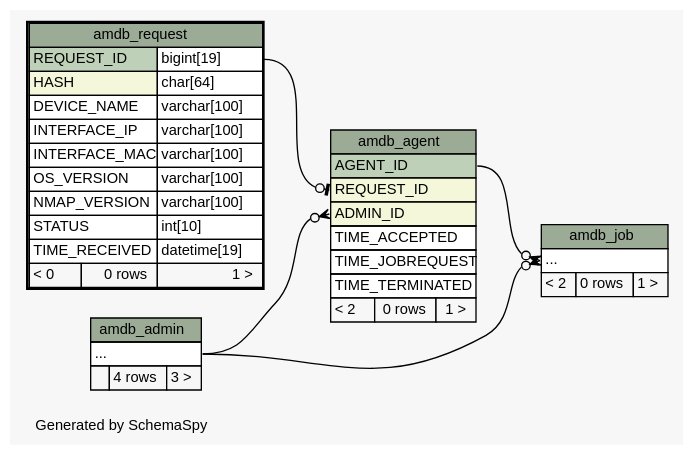
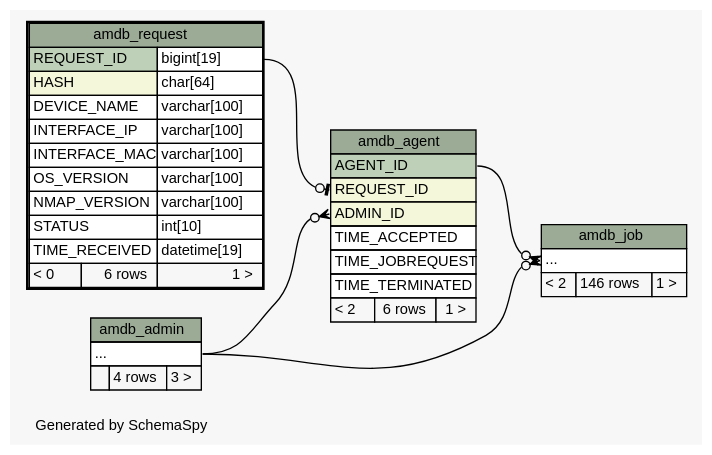
One commit to yannikab/k23b_ac changed the diagram in am/doc/schemaspy/diagrams/amdb_request.2degrees.dot. Above: the diagram before and after it, drawn with Graphviz. The commit also changed 46 other files, not shown here.

Commit message:
Database schema changes for Aggregator Manager.

```diff
--- a/am/doc/schemaspy/diagrams/amdb_request.2degrees.dot
+++ b/am/doc/schemaspy/diagrams/amdb_request.2degrees.dot
@@ -1,79 +1,79 @@
 // dot 2.38.0 on Linux 4.0.5-gentoo
 // SchemaSpy rev 590
 digraph "twoDegreesRelationshipsDiagram" {
   graph [
     rankdir="RL"
     bgcolor="#f7f7f7"
     label="\nGenerated by SchemaSpy"
     labeljust="l"
     nodesep="0.18"
     ranksep="0.46"
     fontname="Helvetica"
     fontsize="11"
   ];
   node [
     fontname="Helvetica"
     fontsize="11"
     shape="plaintext"
   ];
   edge [
     arrowsize="0.8"
   ];
   "amdb_agent":"ADMIN_ID":w -> "amdb_admin":"elipses":e [arrowhead=none dir=back arrowtail=crowodot];
   "amdb_agent":"REQUEST_ID":w -> "amdb_request":"REQUEST_ID.type":e [arrowhead=none dir=back arrowtail=teeodot];
   "amdb_job":"elipses":w -> "amdb_admin":"elipses":e [arrowhead=none dir=back arrowtail=crowodot];
   "amdb_job":"elipses":w -> "amdb_agent":"AGENT_ID":e [arrowhead=none dir=back arrowtail=crowodot];
   "amdb_admin" [
     label=<
     <TABLE BORDER="0" CELLBORDER="1" CELLSPACING="0" BGCOLOR="#ffffff">
       <TR><TD COLSPAN="3" BGCOLOR="#9bab96" ALIGN="CENTER">amdb_admin</TD></TR>
       <TR><TD PORT="elipses" COLSPAN="3" ALIGN="LEFT">...</TD></TR>
       <TR><TD ALIGN="LEFT" BGCOLOR="#f7f7f7">  </TD><TD ALIGN="RIGHT" BGCOLOR="#f7f7f7">4 rows</TD><TD ALIGN="RIGHT" BGCOLOR="#f7f7f7">3 &gt;</TD></TR>
     </TABLE>>
     URL="amdb_admin.html"
     tooltip="amdb_admin"
   ];
   "amdb_agent" [
     label=<
     <TABLE BORDER="0" CELLBORDER="1" CELLSPACING="0" BGCOLOR="#ffffff">
       <TR><TD COLSPAN="3" BGCOLOR="#9bab96" ALIGN="CENTER">amdb_agent</TD></TR>
       <TR><TD PORT="AGENT_ID" COLSPAN="3" BGCOLOR="#bed1b8" ALIGN="LEFT">AGENT_ID</TD></TR>
       <TR><TD PORT="REQUEST_ID" COLSPAN="3" BGCOLOR="#f4f7da" ALIGN="LEFT">REQUEST_ID</TD></TR>
       <TR><TD PORT="ADMIN_ID" COLSPAN="3" BGCOLOR="#f4f7da" ALIGN="LEFT">ADMIN_ID</TD></TR>
       <TR><TD PORT="TIME_ACCEPTED" COLSPAN="3" ALIGN="LEFT">TIME_ACCEPTED</TD></TR>
       <TR><TD PORT="TIME_JOBREQUEST" COLSPAN="3" ALIGN="LEFT">TIME_JOBREQUEST</TD></TR>
       <TR><TD PORT="TIME_TERMINATED" COLSPAN="3" ALIGN="LEFT">TIME_TERMINATED</TD></TR>
-      <TR><TD ALIGN="LEFT" BGCOLOR="#f7f7f7">&lt; 2</TD><TD ALIGN="RIGHT" BGCOLOR="#f7f7f7">0 rows</TD><TD ALIGN="RIGHT" BGCOLOR="#f7f7f7">1 &gt;</TD></TR>
+      <TR><TD ALIGN="LEFT" BGCOLOR="#f7f7f7">&lt; 2</TD><TD ALIGN="RIGHT" BGCOLOR="#f7f7f7">6 rows</TD><TD ALIGN="RIGHT" BGCOLOR="#f7f7f7">1 &gt;</TD></TR>
     </TABLE>>
     URL="amdb_agent.html"
     tooltip="amdb_agent"
   ];
   "amdb_job" [
     label=<
     <TABLE BORDER="0" CELLBORDER="1" CELLSPACING="0" BGCOLOR="#ffffff">
       <TR><TD COLSPAN="3" BGCOLOR="#9bab96" ALIGN="CENTER">amdb_job</TD></TR>
       <TR><TD PORT="elipses" COLSPAN="3" ALIGN="LEFT">...</TD></TR>
-      <TR><TD ALIGN="LEFT" BGCOLOR="#f7f7f7">&lt; 2</TD><TD ALIGN="RIGHT" BGCOLOR="#f7f7f7">0 rows</TD><TD ALIGN="RIGHT" BGCOLOR="#f7f7f7">1 &gt;</TD></TR>
+      <TR><TD ALIGN="LEFT" BGCOLOR="#f7f7f7">&lt; 2</TD><TD ALIGN="RIGHT" BGCOLOR="#f7f7f7">146 rows</TD><TD ALIGN="RIGHT" BGCOLOR="#f7f7f7">1 &gt;</TD></TR>
     </TABLE>>
     URL="amdb_job.html"
     tooltip="amdb_job"
   ];
   "amdb_request" [
     label=<
     <TABLE BORDER="2" CELLBORDER="1" CELLSPACING="0" BGCOLOR="#ffffff">
       <TR><TD COLSPAN="3" BGCOLOR="#9bab96" ALIGN="CENTER">amdb_request</TD></TR>
       <TR><TD PORT="REQUEST_ID" COLSPAN="2" BGCOLOR="#bed1b8" ALIGN="LEFT">REQUEST_ID</TD><TD PORT="REQUEST_ID.type" ALIGN="LEFT">bigint[19]</TD></TR>
       <TR><TD PORT="HASH" COLSPAN="2" BGCOLOR="#f4f7da" ALIGN="LEFT">HASH</TD><TD PORT="HASH.type" ALIGN="LEFT">char[64]</TD></TR>
       <TR><TD PORT="DEVICE_NAME" COLSPAN="2" ALIGN="LEFT">DEVICE_NAME</TD><TD PORT="DEVICE_NAME.type" ALIGN="LEFT">varchar[100]</TD></TR>
       <TR><TD PORT="INTERFACE_IP" COLSPAN="2" ALIGN="LEFT">INTERFACE_IP</TD><TD PORT="INTERFACE_IP.type" ALIGN="LEFT">varchar[100]</TD></TR>
       <TR><TD PORT="INTERFACE_MAC" COLSPAN="2" ALIGN="LEFT">INTERFACE_MAC</TD><TD PORT="INTERFACE_MAC.type" ALIGN="LEFT">varchar[100]</TD></TR>
       <TR><TD PORT="OS_VERSION" COLSPAN="2" ALIGN="LEFT">OS_VERSION</TD><TD PORT="OS_VERSION.type" ALIGN="LEFT">varchar[100]</TD></TR>
       <TR><TD PORT="NMAP_VERSION" COLSPAN="2" ALIGN="LEFT">NMAP_VERSION</TD><TD PORT="NMAP_VERSION.type" ALIGN="LEFT">varchar[100]</TD></TR>
       <TR><TD PORT="STATUS" COLSPAN="2" ALIGN="LEFT">STATUS</TD><TD PORT="STATUS.type" ALIGN="LEFT">int[10]</TD></TR>
       <TR><TD PORT="TIME_RECEIVED" COLSPAN="2" ALIGN="LEFT">TIME_RECEIVED</TD><TD PORT="TIME_RECEIVED.type" ALIGN="LEFT">datetime[19]</TD></TR>
-      <TR><TD ALIGN="LEFT" BGCOLOR="#f7f7f7">&lt; 0</TD><TD ALIGN="RIGHT" BGCOLOR="#f7f7f7">0 rows</TD><TD ALIGN="RIGHT" BGCOLOR="#f7f7f7">1 &gt;</TD></TR>
+      <TR><TD ALIGN="LEFT" BGCOLOR="#f7f7f7">&lt; 0</TD><TD ALIGN="RIGHT" BGCOLOR="#f7f7f7">6 rows</TD><TD ALIGN="RIGHT" BGCOLOR="#f7f7f7">1 &gt;</TD></TR>
     </TABLE>>
     URL="amdb_request.html"
     tooltip="amdb_request"
   ];
 }
```
